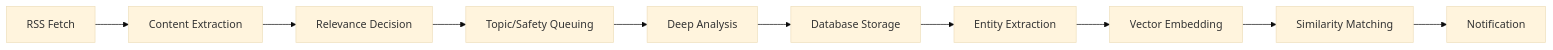
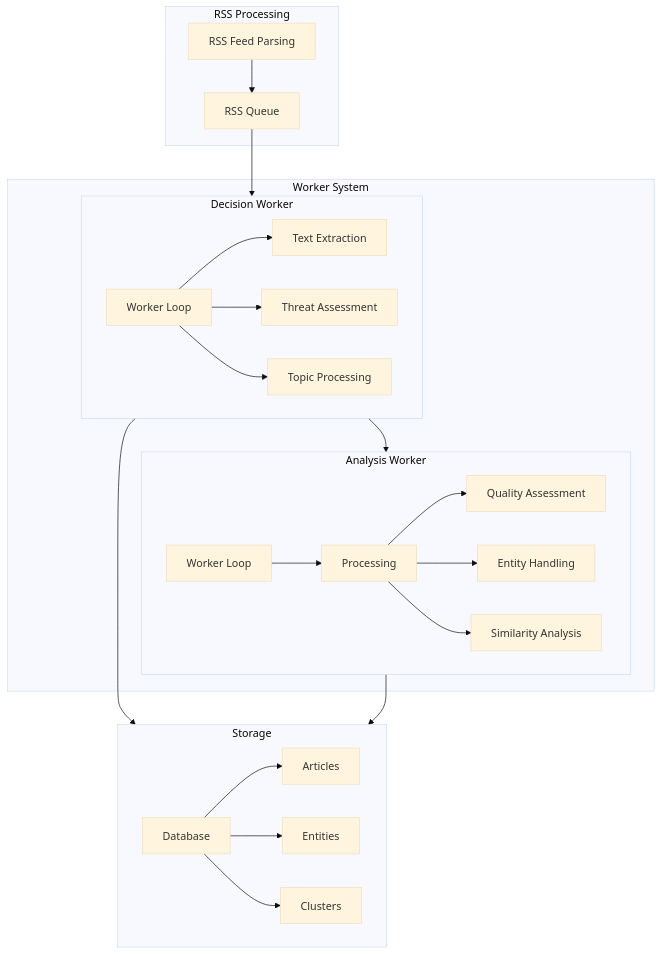
Before and after one commit to jeremyandrews/argus: the first of 3 diagrams in memory-bank/systemPatterns.md, drawn with Mermaid (base theme). The commit also changed other lines of this file and 24 other files, not shown here.

````diff
--- a/memory-bank/systemPatterns.md
+++ b/memory-bank/systemPatterns.md
@@ -49,12 +18,32 @@
 ```mermaid
-flowchart LR
-    Fetch[RSS Fetch] --> Extract[Content Extraction]
-    Extract --> Decide[Relevance Decision]
-    Decide --> Queue[Topic/Safety Queuing]
-    Queue --> Analyze[Deep Analysis]
-    Analyze --> Store[Database Storage]
-    Store --> EntityExtract[Entity Extraction]
-    EntityExtract --> Vector[Vector Embedding]
-    Vector --> Similar[Similarity Matching]
-    Similar --> Notify[Notification]
+flowchart TD
+    subgraph RSS[RSS Processing]
+        RSS_Feed[RSS Feed Parsing] --> RSS_Queue[RSS Queue]
+    end
+    
+    subgraph Workers[Worker System]
+        subgraph Decision[Decision Worker]
+            Worker_Loop[Worker Loop] --> Text_Extraction[Text Extraction]
+            Worker_Loop --> Threat_Assessment[Threat Assessment]
+            Worker_Loop --> Topic_Processing[Topic Processing]
+        end
+        
+        subgraph Analysis[Analysis Worker]
+            Analysis_Loop[Worker Loop] --> Processing[Processing]
+            Processing --> Quality[Quality Assessment]
+            Processing --> Entity[Entity Handling]
+            Processing --> Similarity[Similarity Analysis]
+        end
+    end
+    
+    subgraph Storage[Storage]
+        DB[Database] --> Articles[Articles]
+        DB --> Entities[Entities]
+        DB --> Clusters[Clusters]
+    end
+    
+    RSS_Queue --> Decision
+    Decision --> Storage
+    Decision --> Analysis
+    Analysis --> Storage
 ```
````
